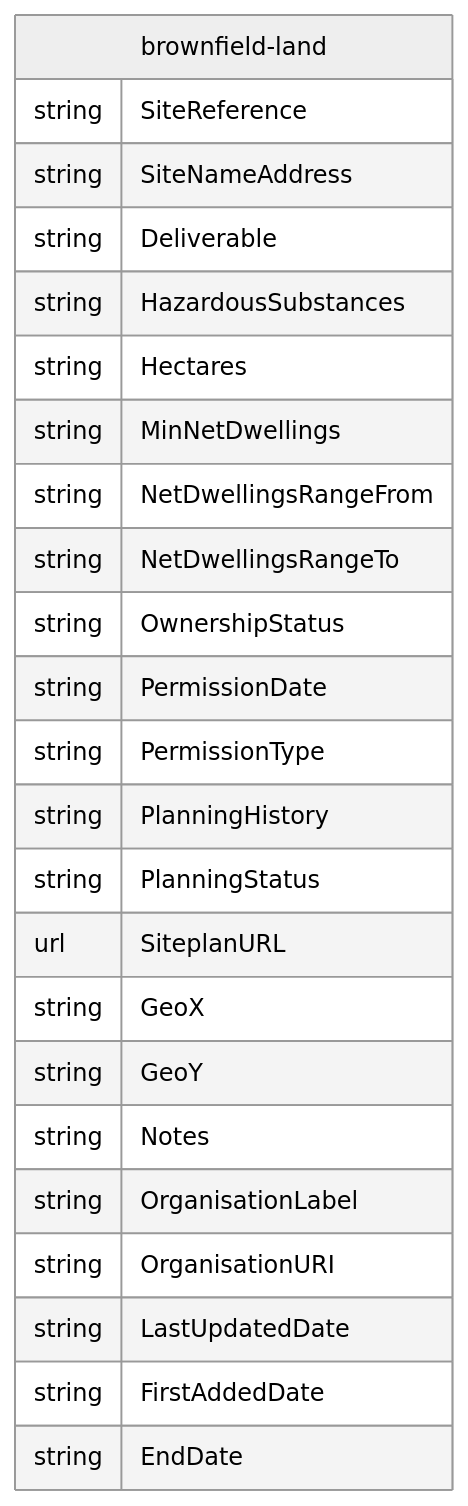
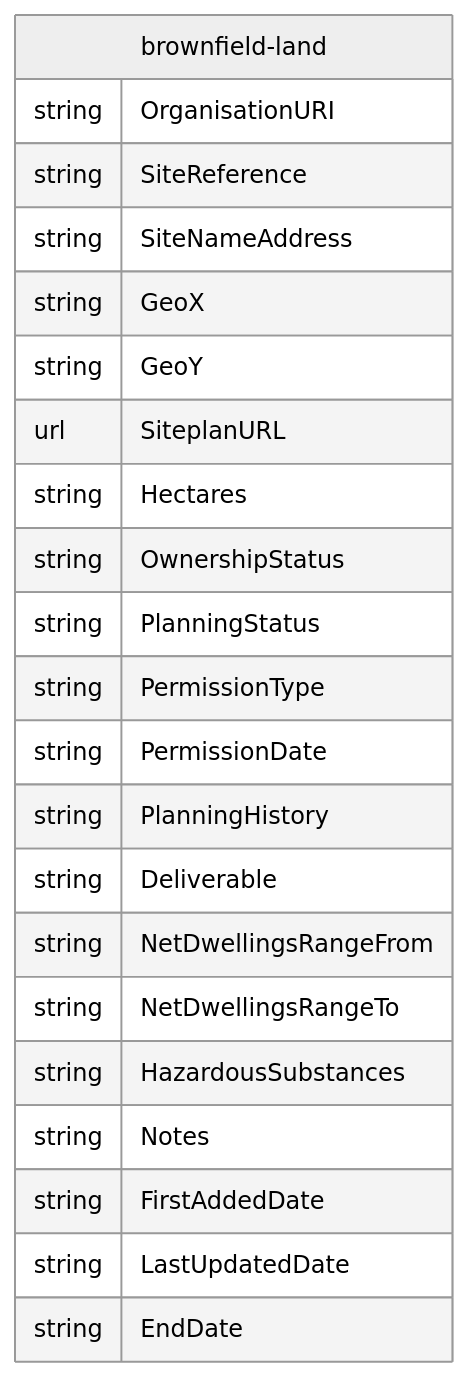
The diagram in docs/mermaid/brownfield-land.md (digital-land/specification), drawn with Mermaid (neutral theme) before and after one commit. The commit also changed 45 other files, not shown here.

````diff
--- a/docs/mermaid/brownfield-land.md
+++ b/docs/mermaid/brownfield-land.md
@@ -4,27 +4,25 @@
 ```mermaid
 erDiagram
     brownfield-land {
+        string OrganisationURI
         string SiteReference
         string SiteNameAddress
+        string GeoX
+        string GeoY
+        url SiteplanURL
+        string Hectares
+        string OwnershipStatus
+        string PlanningStatus
+        string PermissionType
+        string PermissionDate
+        string PlanningHistory
         string Deliverable
-        string HazardousSubstances
-        string Hectares
-        string MinNetDwellings
         string NetDwellingsRangeFrom
         string NetDwellingsRangeTo
-        string OwnershipStatus
-        string PermissionDate
-        string PermissionType
-        string PlanningHistory
-        string PlanningStatus
-        url SiteplanURL
-        string GeoX
-        string GeoY
+        string HazardousSubstances
         string Notes
-        string OrganisationLabel
-        string OrganisationURI
+        string FirstAddedDate
         string LastUpdatedDate
-        string FirstAddedDate
         string EndDate
     }
 ```
````
